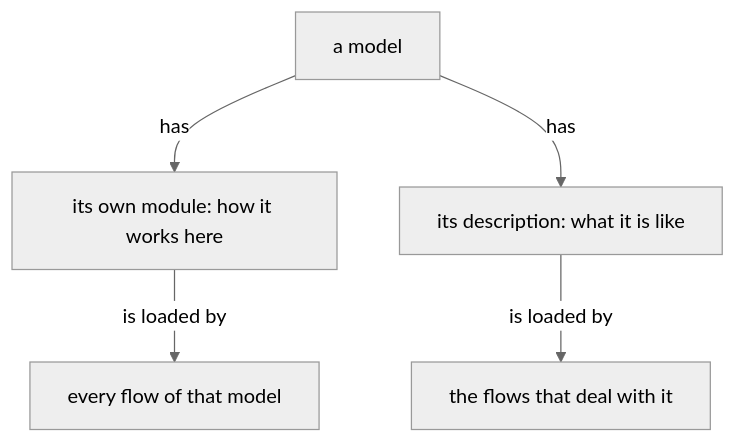
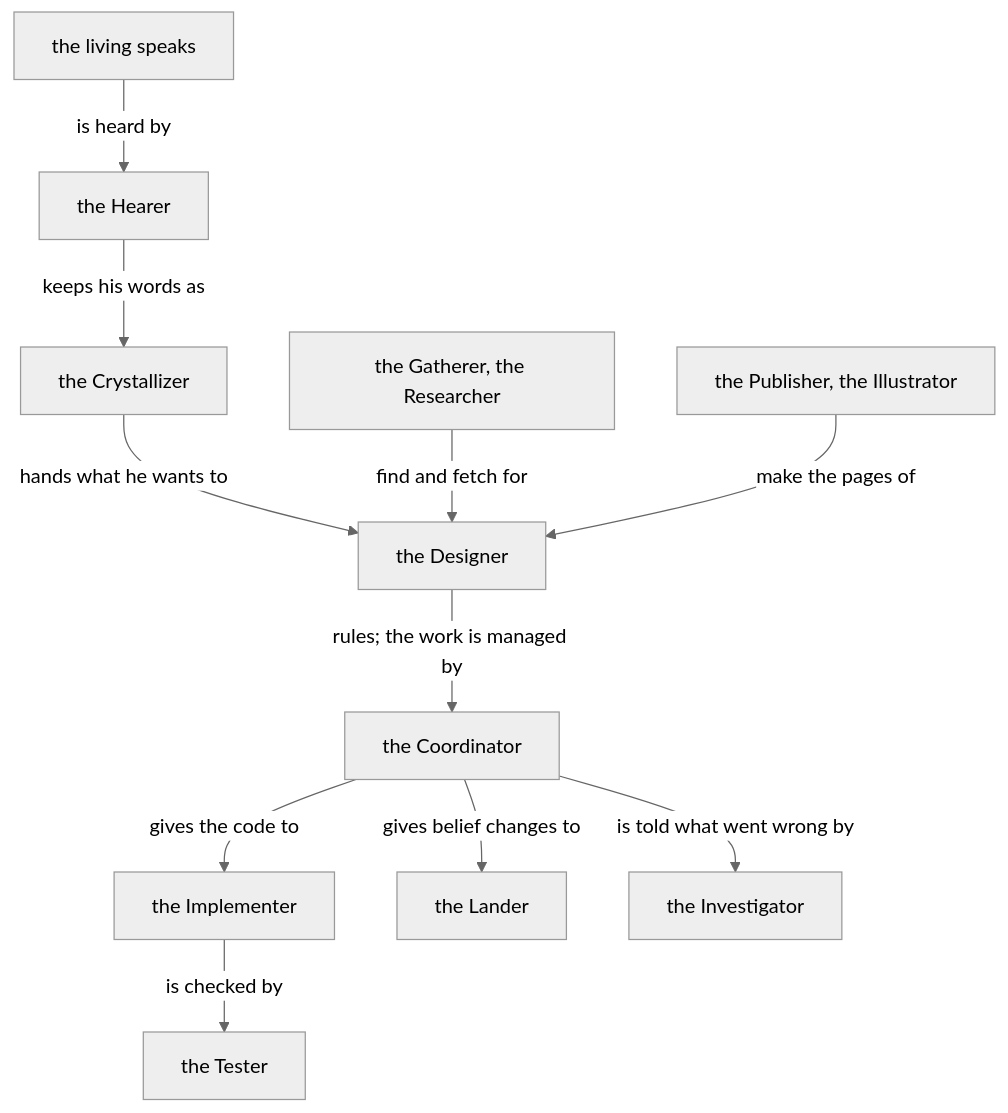
The diagram in vision/model-roles/0.md (LiGoldragon/psyche-belief), drawn with Mermaid (neutral theme) before and after one commit. The commit also changed other lines of this file and 3 other files, not shown here.

First line of the commit message:
vision:model-roles:0: the module names the roles, energy management and model modules take their lines (Roles.2, approved by the living)

````diff
--- a/vision/model-roles/0.md
+++ b/vision/model-roles/0.md
@@ -12,7 +6,13 @@
 ```mermaid
 flowchart TB
-    m["a model"] -- "has" --> o["its own module: how it works here"]
-    m -- "has" --> d["its description: what it is like"]
-    o -- "is loaded by" --> s["every flow of that model"]
-    d -- "is loaded by" --> f["the flows that deal with it"]
+    l["the living speaks"] -- "is heard by" --> h["the Hearer"]
+    h -- "keeps his words as" --> cr["the Crystallizer"]
+    cr -- "hands what he wants to" --> d["the Designer"]
+    d -- "rules; the work is managed by" --> c["the Coordinator"]
+    c -- "gives the code to" --> i["the Implementer"]
+    i -- "is checked by" --> t["the Tester"]
+    c -- "gives belief changes to" --> la["the Lander"]
+    c -- "is told what went wrong by" --> v["the Investigator"]
+    g["the Gatherer, the Researcher"] -- "find and fetch for" --> d
+    pu["the Publisher, the Illustrator"] -- "make the pages of" --> d
 ```
````
